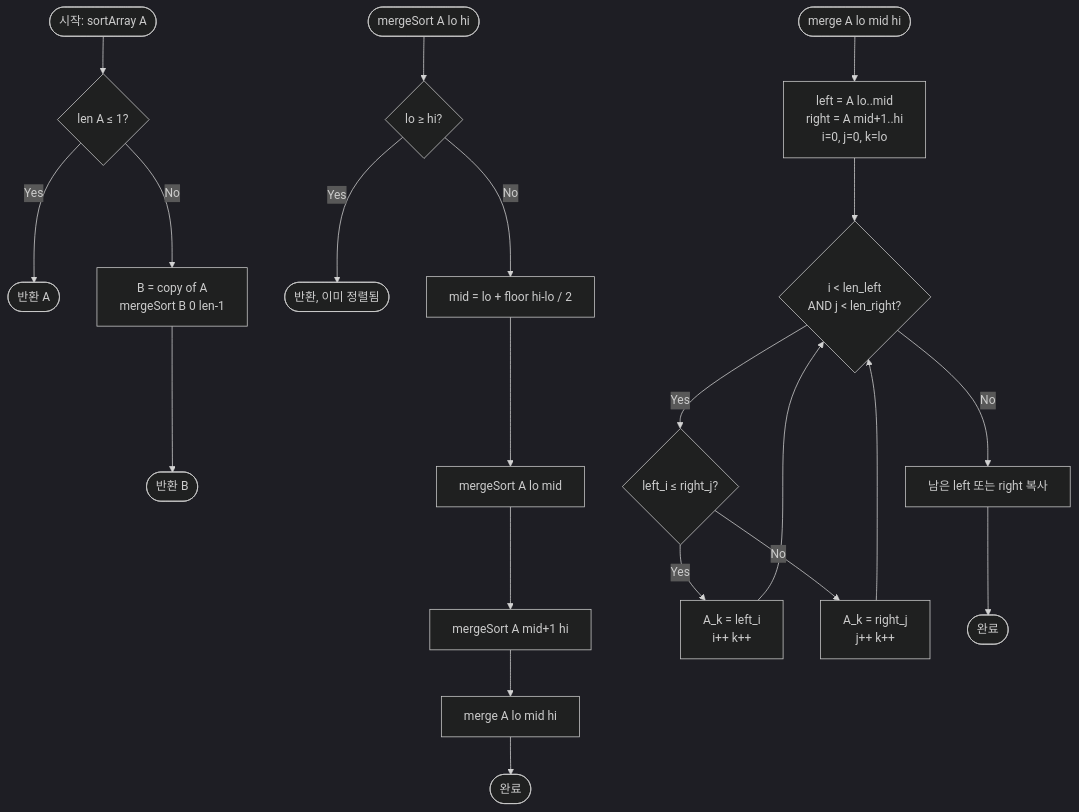
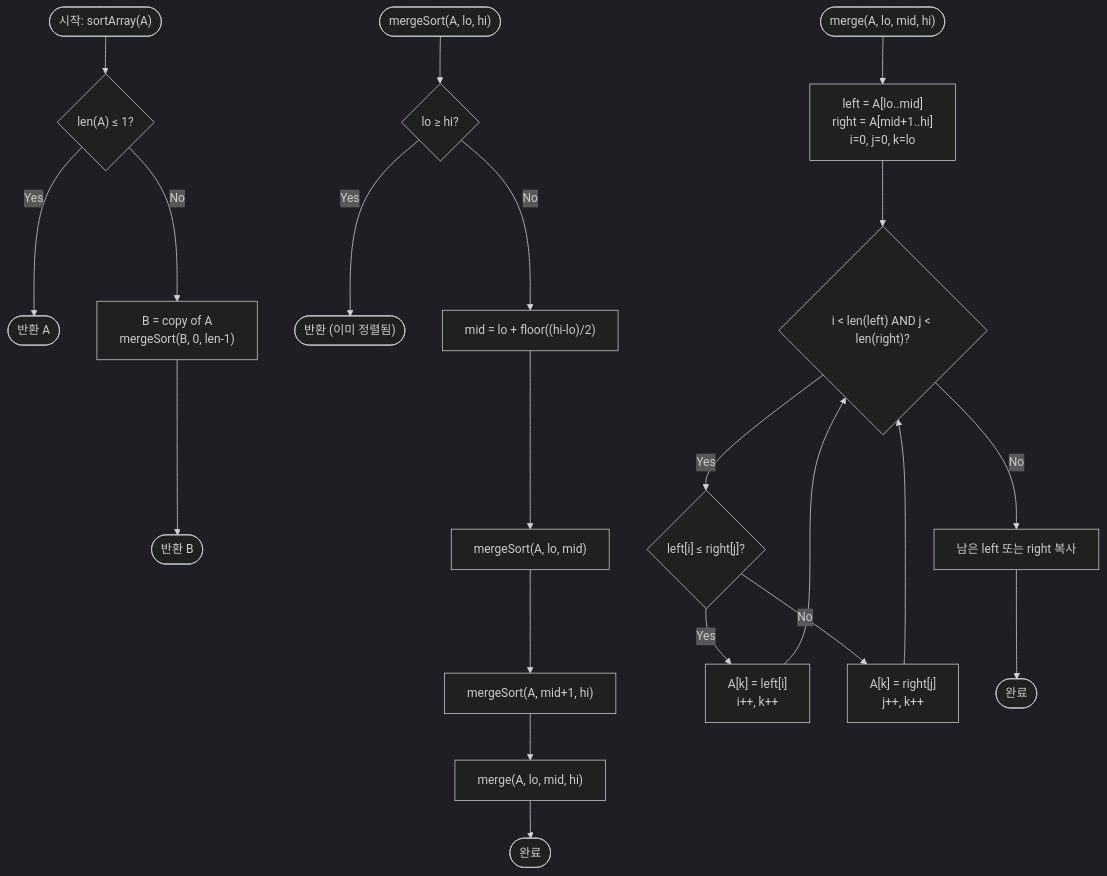
Before and after one commit to centurio1987/grow-up-programming: the diagram in src/algorithms/sorting/sortArray/sortArray-guide.mdx, drawn with Mermaid (dark theme). The commit also changed other lines of this file and 3 other files, not shown here.

First line of the commit message:
ORD-004 재생성[sorting]: sortArray 신규 재집필 승격(v2.0.0, 게이트 PASS) — sorting 카테고리 완료

````diff
--- a/src/algorithms/sorting/sortArray/sortArray-guide.mdx
+++ b/src/algorithms/sorting/sortArray/sortArray-guide.mdx
@@ -294,25 +304,25 @@
 ```mermaid
 flowchart TD
-    A([시작: sortArray A]) --> B{len A ≤ 1?}
-    B -- Yes --> Z([반환 A])
-    B -- No --> C[B = copy of A\nmergeSort B 0 len-1]
-    C --> D([반환 B])
+    A(["시작: sortArray(A)"]) --> B{"len(A) ≤ 1?"}
+    B -- Yes --> Z(["반환 A"])
+    B -- No --> C["B = copy of A<br/>mergeSort(B, 0, len-1)"]
+    C --> D(["반환 B"])
 
-    E([mergeSort A lo hi]) --> F{lo ≥ hi?}
-    F -- Yes --> G([반환, 이미 정렬됨])
-    F -- No --> H[mid = lo + floor hi-lo / 2]
-    H --> I[mergeSort A lo mid]
-    I --> J[mergeSort A mid+1 hi]
-    J --> K[merge A lo mid hi]
-    K --> L([완료])
+    E(["mergeSort(A, lo, hi)"]) --> F{"lo ≥ hi?"}
+    F -- Yes --> G(["반환 (이미 정렬됨)"])
+    F -- No --> H["mid = lo + floor((hi-lo)/2)"]
+    H --> I["mergeSort(A, lo, mid)"]
+    I --> J["mergeSort(A, mid+1, hi)"]
+    J --> K["merge(A, lo, mid, hi)"]
+    K --> L(["완료"])
 
-    M([merge A lo mid hi]) --> N[left = A lo..mid\nright = A mid+1..hi\ni=0, j=0, k=lo]
-    N --> O{i < len_left\nAND j < len_right?}
-    O -- Yes --> P{left_i ≤ right_j?}
-    P -- Yes --> Q[A_k = left_i\ni++ k++]
-    P -- No --> R[A_k = right_j\nj++ k++]
+    M(["merge(A, lo, mid, hi)"]) --> N["left = A[lo..mid]<br/>right = A[mid+1..hi]<br/>i=0, j=0, k=lo"]
+    N --> O{"i < len(left) AND j < len(right)?"}
+    O -- Yes --> P{"left[i] ≤ right[j]?"}
+    P -- Yes --> Q["A[k] = left[i]<br/>i++, k++"]
+    P -- No --> R["A[k] = right[j]<br/>j++, k++"]
     Q --> O
     R --> O
-    O -- No --> S[남은 left 또는 right 복사]
-    S --> T([완료])
+    O -- No --> S["남은 left 또는 right 복사"]
+    S --> T(["완료"])
 ```
````
